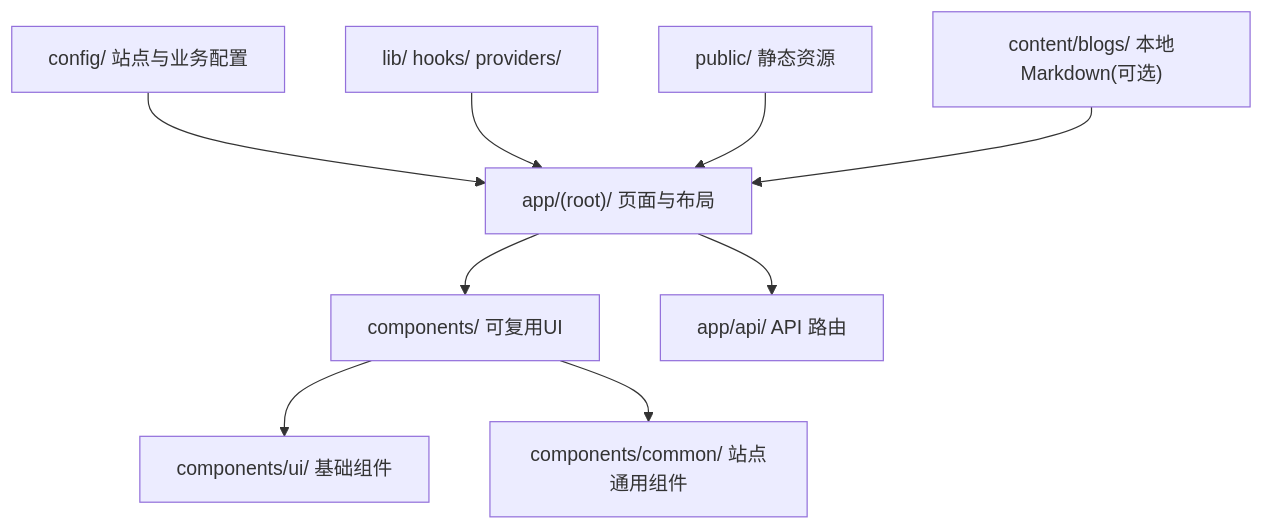
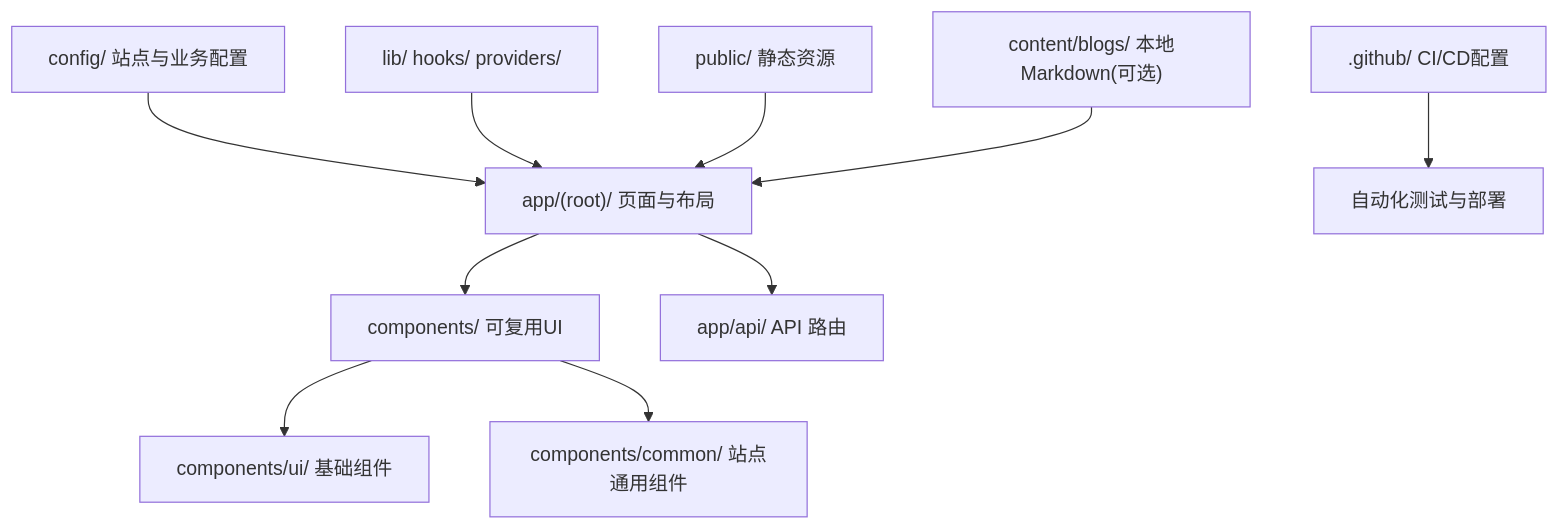
Before and after one commit to florianjsun/next-portfolio: the first of 4 diagrams in .qoder/repowiki/zh/content/开发指南.md, drawn with Mermaid. The commit also changed other lines of this file and 49 other files, not shown here.

````diff
--- a/.qoder/repowiki/zh/content/开发指南.md
+++ b/.qoder/repowiki/zh/content/开发指南.md
@@ -41,11 +54,12 @@
 ```mermaid
 graph TB
 A["app/(root)/ 页面与布局"] --> B["components/ 可复用UI"]
 A --> C["app/api/ API 路由"]
 B --> D["components/ui/ 基础组件"]
 B --> E["components/common/ 站点通用组件"]
 F["config/ 站点与业务配置"] --> A
 G["lib/ hooks/ providers/"] --> A
 H["public/ 静态资源"] --> A
 I["content/blogs/ 本地Markdown(可选)"] --> A
+J[".github/ CI/CD配置"] --> K["自动化测试与部署"]
 ```
````
